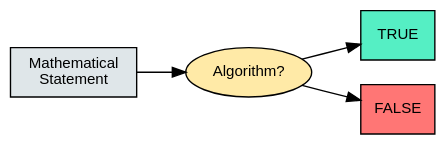
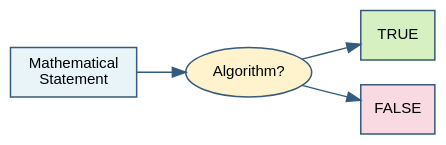
One commit to p0dyakov/inno_notes changed the ninth of 19 diagrams in semester-2/Theoretical Computer Science/8.qmd. Above: the diagram before and after it, drawn with Graphviz. The commit also changed other lines of this file and 191 other files, not shown here.

````diff
--- a/semester-2/Theoretical Computer Science/8.qmd
+++ b/semester-2/Theoretical Computer Science/8.qmd
@@ -603,20 +601,20 @@
 ```{dot}
 //| fig-cap: "The Entscheidungsproblem: does a universal algorithm exist that decides any mathematical truth?"
 //| fig-width: 4
 //| fig-height: 1.5
 digraph decision {
   rankdir=LR;
   bgcolor="transparent";
-  node [fontname="Helvetica", fontsize=11, style=filled];
-  edge [fontname="Helvetica", fontsize=10];
+  node [fontname="Helvetica", fontsize=11, style=filled, color="#355c7d", penwidth=1.1];
+  edge [fontname="Helvetica", fontsize=10, color="#355c7d"];
 
-  inp  [label="Mathematical\nStatement", shape=box, fillcolor="#dfe6e9"];
-  alg  [label="Algorithm?", shape=ellipse, fillcolor="#ffeaa7"];
-  yes  [label="TRUE", shape=box, fillcolor="#55efc4"];
-  no   [label="FALSE", shape=box, fillcolor="#ff7675"];
+  inp  [label="Mathematical\nStatement", shape=box, fillcolor="#e8f4f8"];
+  alg  [label="Algorithm?", shape=ellipse, fillcolor="#fff3cd"];
+  yes  [label="TRUE", shape=box, fillcolor="#d7f0c2"];
+  no   [label="FALSE", shape=box, fillcolor="#f9d9e2"];
 
   inp -> alg;
   alg -> yes;
   alg -> no;
 }
 ```
````
